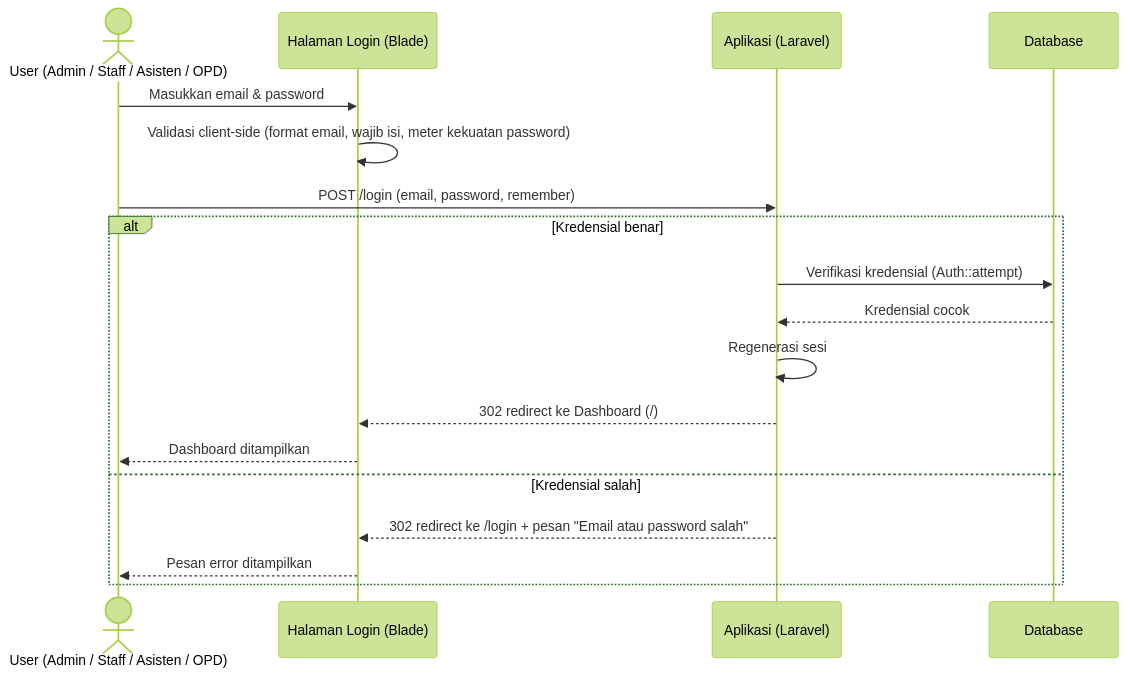
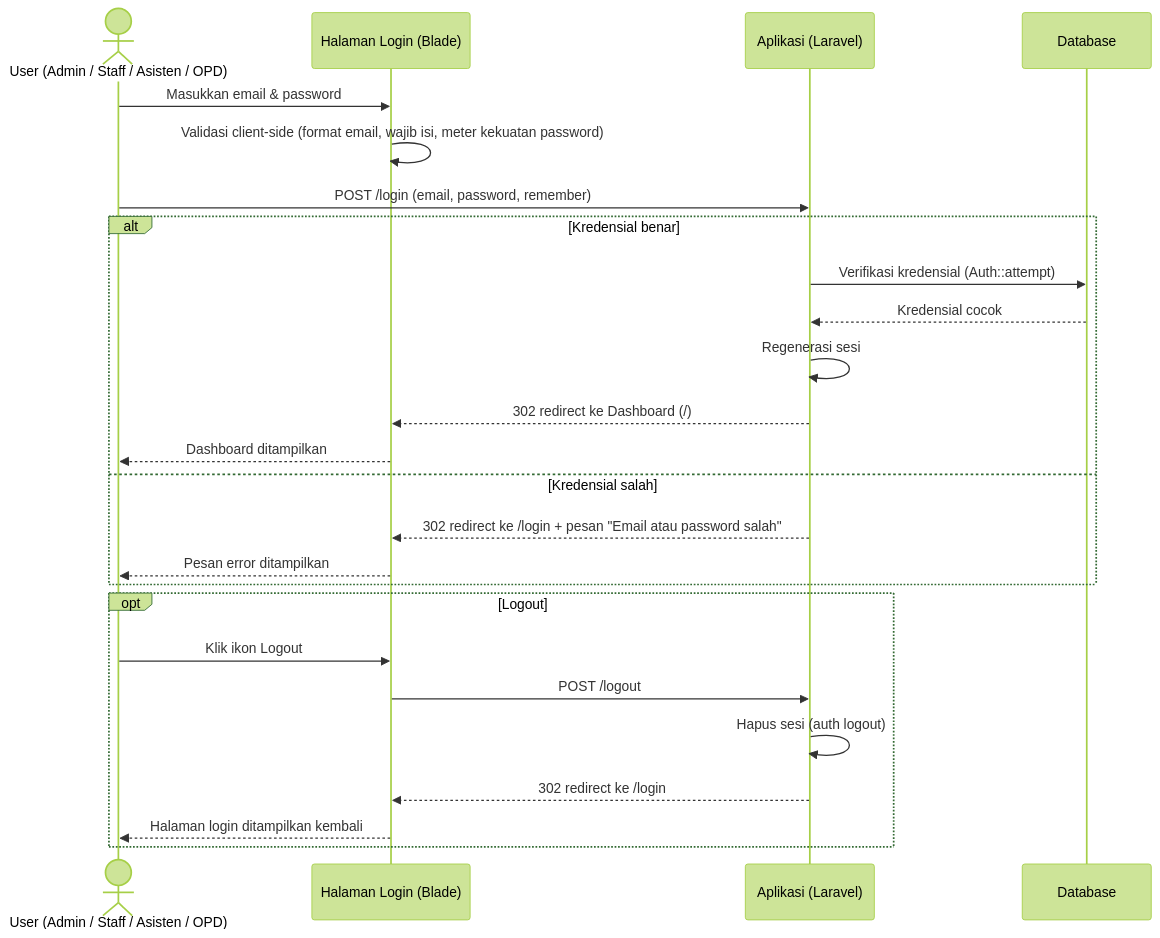
One commit to cisnatinnov/SI_Pengelolaan_Data_Agenda changed the third of 28 diagrams in laravel-vue-mvc/docs/UML_Documentation.md. Above: the diagram before and after it, drawn with Mermaid (forest theme). The commit also changed other lines of this file and 44 other files, not shown here.

First line of the commit message:
Add and update diagrams for various features; remove outdated diagrams

````diff
--- a/laravel-vue-mvc/docs/UML_Documentation.md
+++ b/laravel-vue-mvc/docs/UML_Documentation.md
@@ -191,21 +202,29 @@
 ```mermaid
 sequenceDiagram
     actor User as User (Admin / Staff / Asisten / OPD)
     participant UI as Halaman Login (Blade)
     participant API as Aplikasi (Laravel)
     participant DB as Database
 
     User->>UI: Masukkan email & password
     UI->>UI: Validasi client-side (format email, wajib isi, meter kekuatan password)
     User->>API: POST /login (email, password, remember)
     alt Kredensial benar
         API->>DB: Verifikasi kredensial (Auth::attempt)
         DB-->>API: Kredensial cocok
         API->>API: Regenerasi sesi
         API-->>UI: 302 redirect ke Dashboard (/)
         UI-->>User: Dashboard ditampilkan
     else Kredensial salah
         API-->>UI: 302 redirect ke /login + pesan "Email atau password salah"
         UI-->>User: Pesan error ditampilkan
     end
+
+    opt Logout
+        User->>UI: Klik ikon Logout
+        UI->>API: POST /logout
+        API->>API: Hapus sesi (auth logout)
+        API-->>UI: 302 redirect ke /login
+        UI-->>User: Halaman login ditampilkan kembali
+    end
 ```
````
